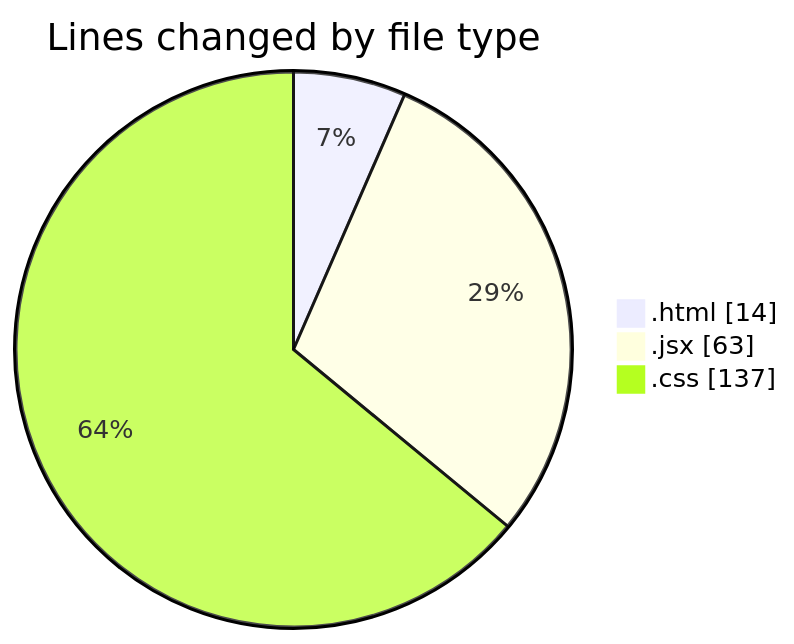
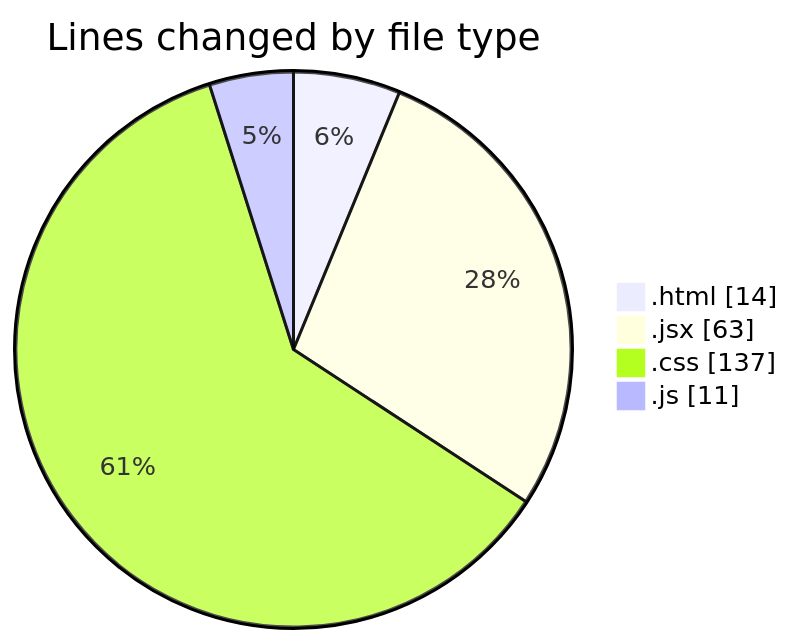
Before and after one commit to Elitesun/code-tracking: the first of 2 diagrams in 2025-02-12/elitegpt/README.md, drawn with Mermaid. The commit also changed other lines of this file and 1 other file, not shown here.

````diff
--- a/2025-02-12/elitegpt/README.md
+++ b/2025-02-12/elitegpt/README.md
@@ -22,7 +23,8 @@
 ```mermaid
 pie showData
 title Lines changed by file type
 ".html" : 14
 ".jsx" : 63
 ".css" : 137
+".js" : 11
 ```
````
